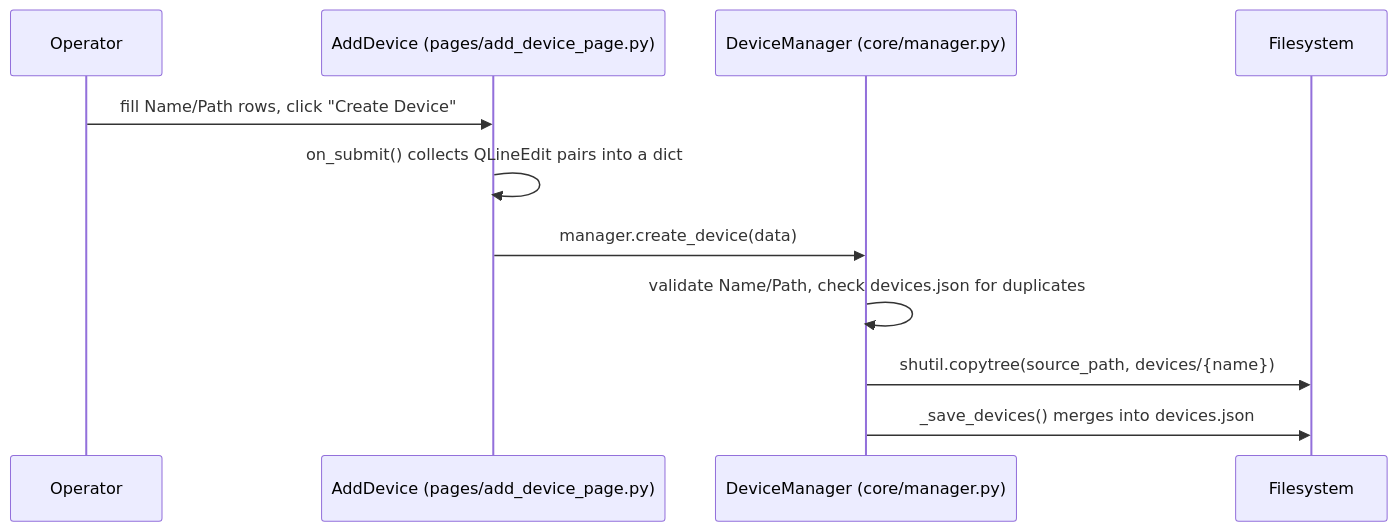
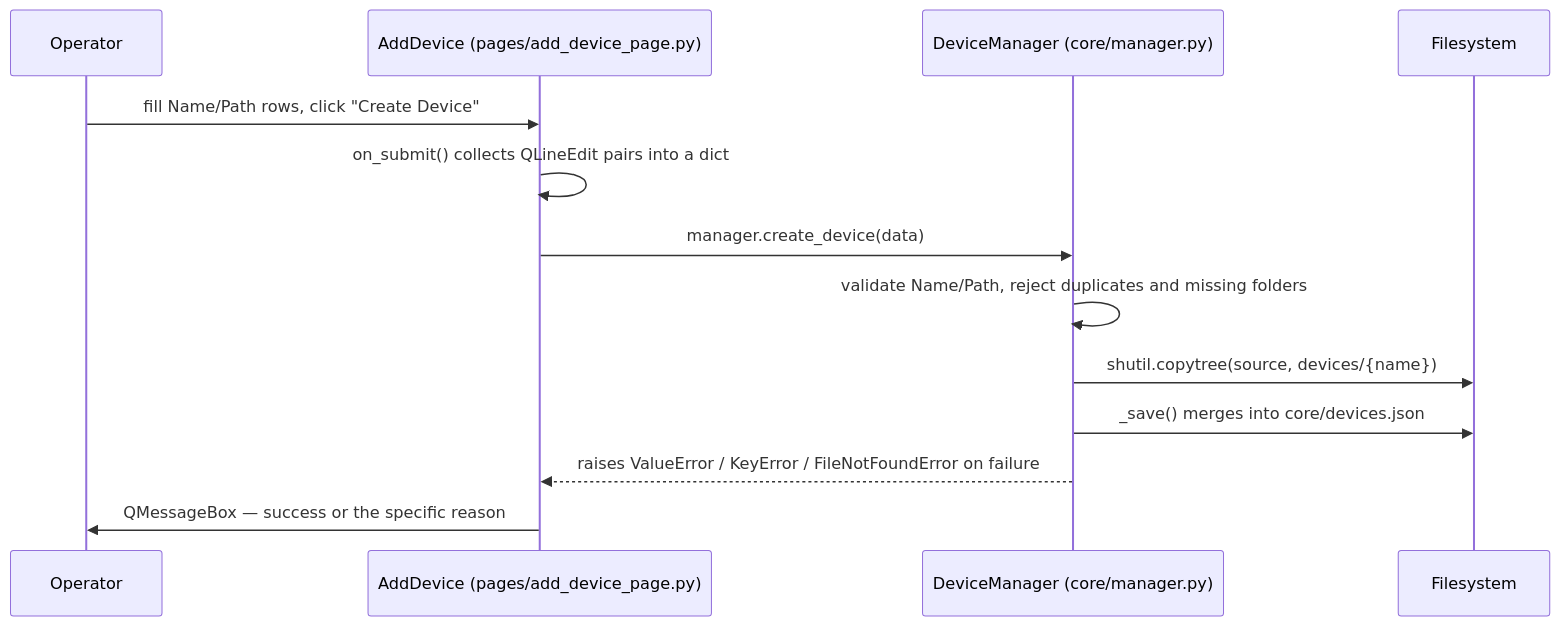
The third of 6 diagrams in documentation/WORKFLOW.md (nlehnhof/ProgrammingWorkstation), drawn with Mermaid before and after one commit. The commit also changed other lines of this file and 14 other files, not shown here.

````diff
--- a/documentation/WORKFLOW.md
+++ b/documentation/WORKFLOW.md
@@ -55,14 +56,16 @@
 ```mermaid
 sequenceDiagram
     participant U as Operator
     participant A as AddDevice (pages/add_device_page.py)
     participant M as DeviceManager (core/manager.py)
     participant FS as Filesystem
 
     U->>A: fill Name/Path rows, click "Create Device"
     A->>A: on_submit() collects QLineEdit pairs into a dict
     A->>M: manager.create_device(data)
-    M->>M: validate Name/Path, check devices.json for duplicates
-    M->>FS: shutil.copytree(source_path, devices/{name})
-    M->>FS: _save_devices() merges into devices.json
+    M->>M: validate Name/Path, reject duplicates and missing folders
+    M->>FS: shutil.copytree(source, devices/{name})
+    M->>FS: _save() merges into core/devices.json
+    M-->>A: raises ValueError / KeyError / FileNotFoundError on failure
+    A->>U: QMessageBox — success or the specific reason
 ```
````
